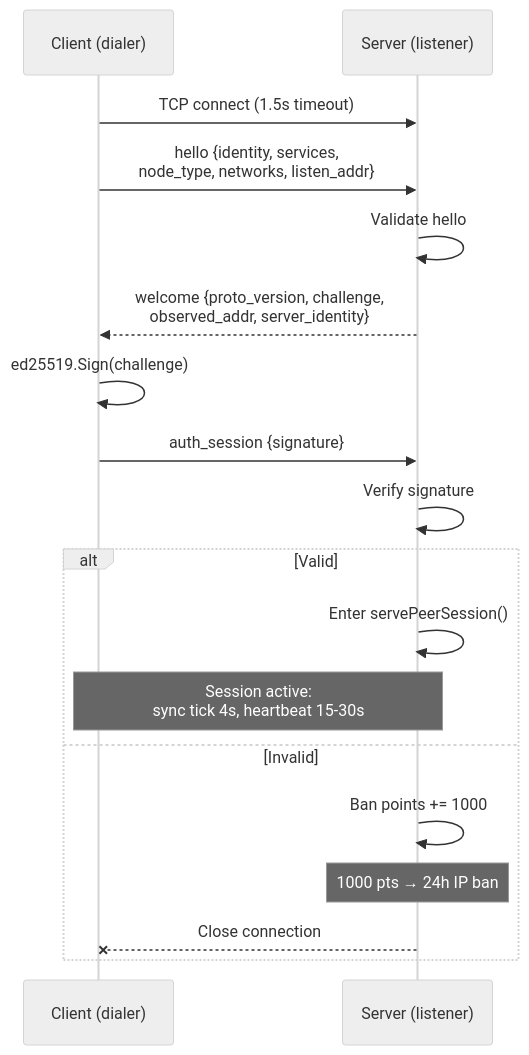
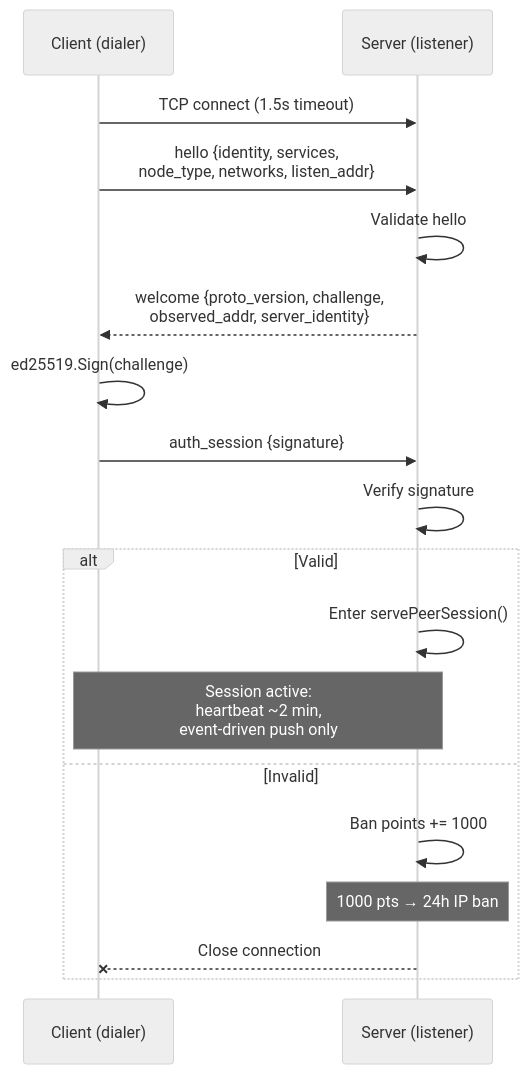
The third of 12 diagrams in docs/mesh.md (piratecash/corsa), drawn with Mermaid (neutral theme) before and after one commit. The commit also changed other lines of this file and 4 other files, not shown here.

Commit message:
feat(mesh): replace periodic get_peers polling with event-driven announce_peer and harden peer discovery trust model

````diff
--- a/docs/mesh.md
+++ b/docs/mesh.md
@@ -149,21 +150,21 @@
 ```mermaid
 sequenceDiagram
     participant C as Client (dialer)
     participant S as Server (listener)
 
     C->>S: TCP connect (1.5s timeout)
     C->>S: hello {identity, services,<br/>node_type, networks, listen_addr}
     S->>S: Validate hello
     S-->>C: welcome {proto_version, challenge,<br/>observed_addr, server_identity}
     C->>C: ed25519.Sign(challenge)
     C->>S: auth_session {signature}
     S->>S: Verify signature
     alt Valid
         S->>S: Enter servePeerSession()
-        Note over C,S: Session active:<br/>sync tick 4s, heartbeat 15-30s
+        Note over C,S: Session active:<br/>heartbeat ~2 min,<br/>event-driven push only
     else Invalid
         S->>S: Ban points += 1000
         Note over S: 1000 pts → 24h IP ban
         S--xC: Close connection
     end
 ```
````
